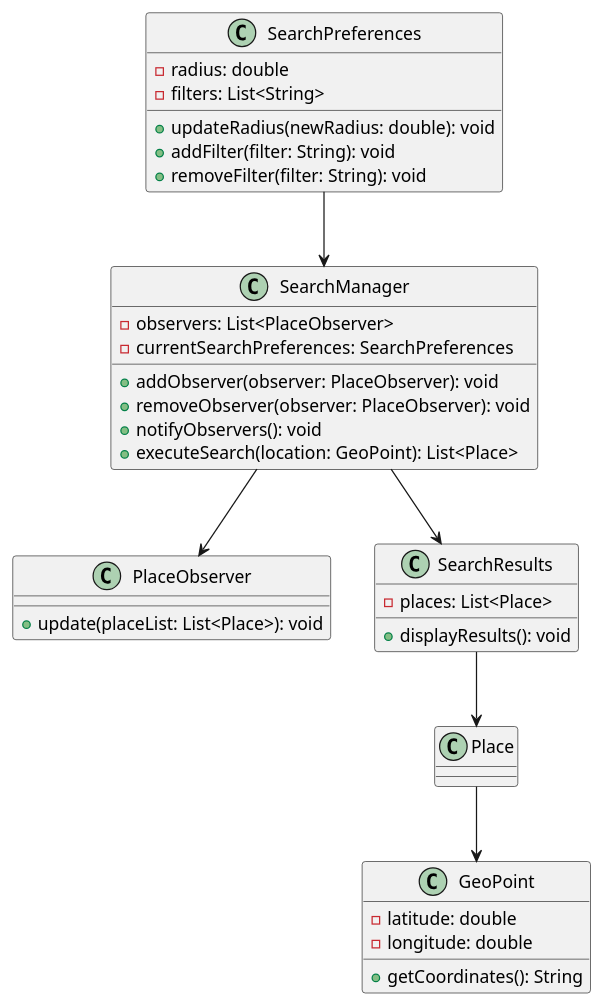
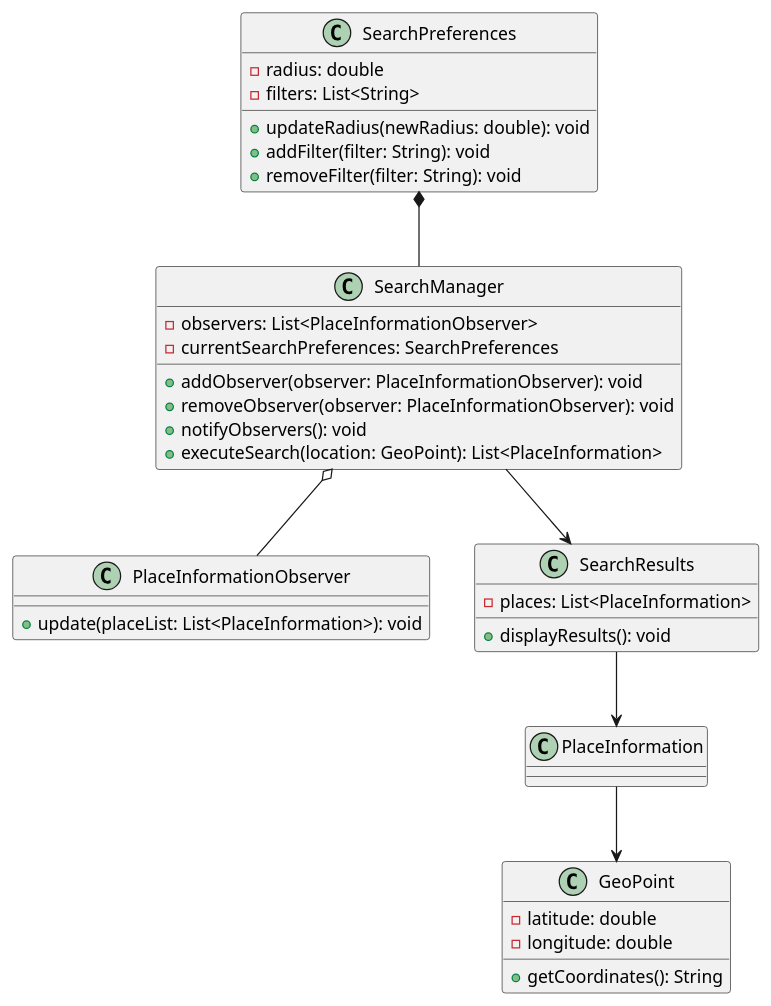
Before and after one commit to DanielVAppel/CS5800_Final: the second of 2 diagrams in src/org/CS5800/ClassDiagram/ClassDiagrams.puml, drawn with PlantUML. The commit also changed other lines of this file, not shown here.

First line of the commit message:
Final Class Diagram Update

```diff
--- a/src/org/CS5800/ClassDiagram/ClassDiagrams.puml
+++ b/src/org/CS5800/ClassDiagram/ClassDiagrams.puml
@@ -118,43 +83,43 @@
 @startuml
 
-' Diagram: Class Diagram for Place Search and Midpoint Calculation
+' Diagram: Class Diagram for PlaceInformation Search and Midpoint Calculation
 
 class SearchPreferences {
     - radius: double
     - filters: List<String>
     + updateRadius(newRadius: double): void
     + addFilter(filter: String): void
     + removeFilter(filter: String): void
 }
 
-class PlaceObserver {
-    + update(placeList: List<Place>): void
+class PlaceInformationObserver {
+    + update(placeList: List<PlaceInformation>): void
 }
 
 class SearchManager {
-    - observers: List<PlaceObserver>
+    - observers: List<PlaceInformationObserver>
     - currentSearchPreferences: SearchPreferences
-    + addObserver(observer: PlaceObserver): void
-    + removeObserver(observer: PlaceObserver): void
+    + addObserver(observer: PlaceInformationObserver): void
+    + removeObserver(observer: PlaceInformationObserver): void
     + notifyObservers(): void
-    + executeSearch(location: GeoPoint): List<Place>
+    + executeSearch(location: GeoPoint): List<PlaceInformation>
 }
 
 class SearchResults {
-    - places: List<Place>
+    - places: List<PlaceInformation>
     + displayResults(): void
 }
 
 class GeoPoint {
     - latitude: double
     - longitude: double
     + getCoordinates(): String
 }
 
-SearchPreferences --> SearchManager
-SearchManager --> PlaceObserver
+SearchPreferences *-- SearchManager
+SearchManager o-- PlaceInformationObserver
 SearchManager --> SearchResults
-SearchResults --> Place
-Place --> GeoPoint
+SearchResults --> PlaceInformation
+PlaceInformation --> GeoPoint
 
 @enduml
```
